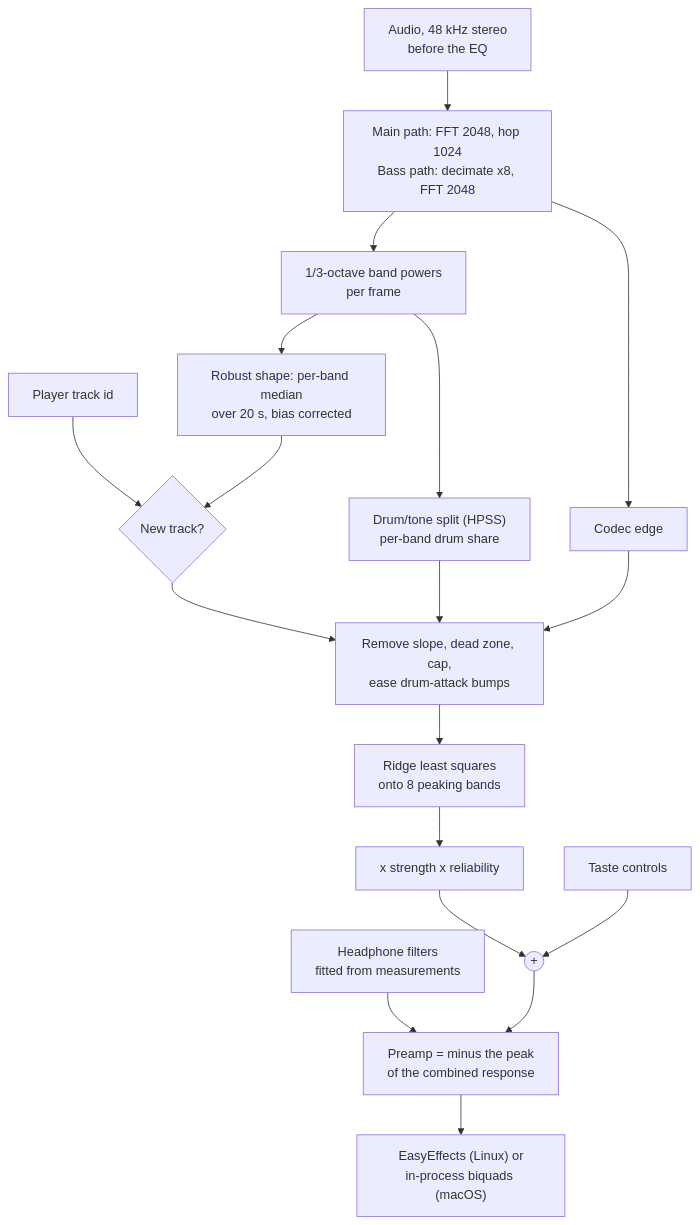
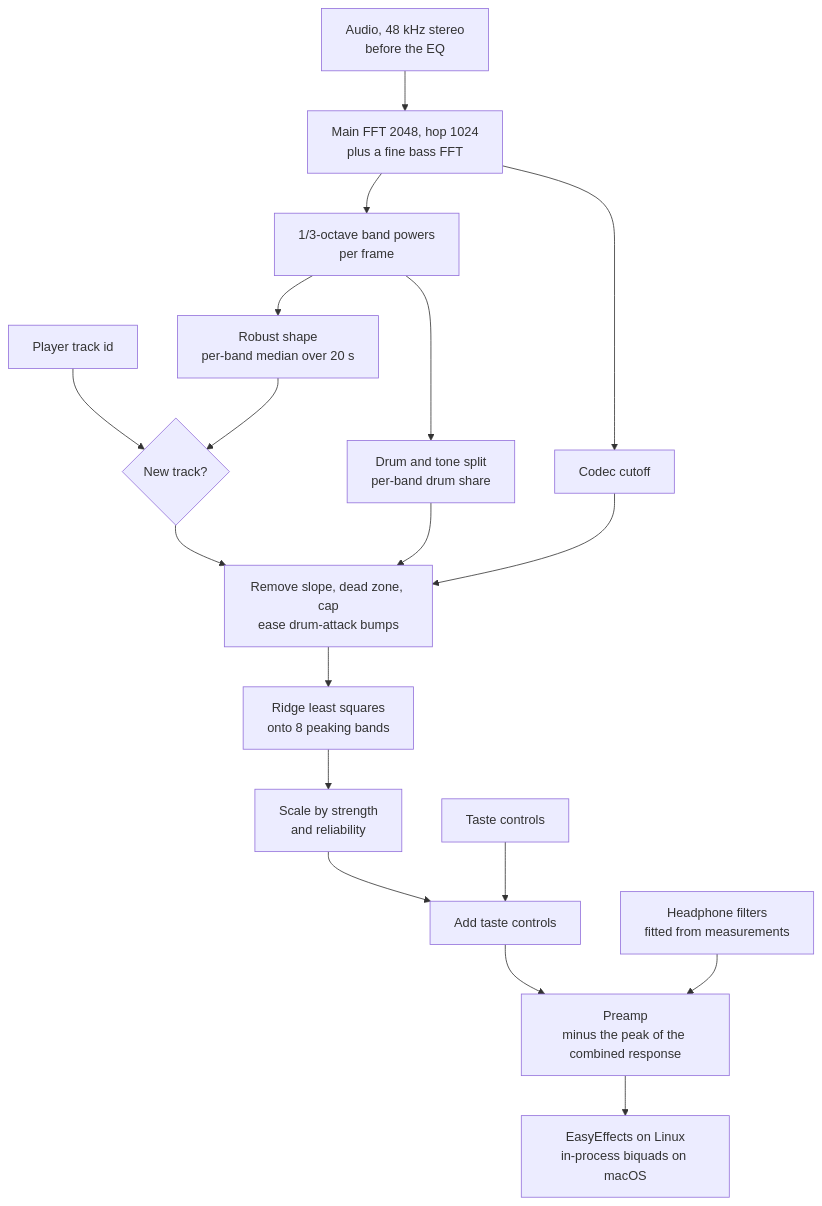
One commit to rizqyep/leungo changed the first of 2 diagrams in TECHNICAL.md. Above: the diagram before and after it, drawn with Mermaid. The commit also changed other lines of this file, not shown here.

First line of the commit message:
Fix equations and the data flow diagram on GitHub

````diff
--- a/TECHNICAL.md
+++ b/TECHNICAL.md
@@ -53,20 +53,20 @@
 ```mermaid
 flowchart TD
-    SRC["Audio, 48 kHz stereo<br/>before the EQ"] --> FFT["Main path: FFT 2048, hop 1024<br/>Bass path: decimate x8, FFT 2048"]
+    SRC["Audio, 48 kHz stereo<br/>before the EQ"] --> FFT["Main FFT 2048, hop 1024<br/>plus a fine bass FFT"]
     FFT --> BAND["1/3-octave band powers<br/>per frame"]
-    BAND --> TRK["Robust shape: per-band median<br/>over 20 s, bias corrected"]
-    BAND --> HP["Drum/tone split (HPSS)<br/>per-band drum share"]
-    FFT --> EDGE["Codec edge"]
+    BAND --> TRK["Robust shape<br/>per-band median over 20 s"]
+    BAND --> HPS["Drum and tone split<br/>per-band drum share"]
+    FFT --> CUT["Codec cutoff"]
     PL["Player track id"] --> ENG{"New track?"}
     TRK --> ENG
-    ENG --> SHP["Remove slope, dead zone, cap,<br/>ease drum-attack bumps"]
-    HP --> SHP
-    EDGE --> SHP
+    ENG --> SHP["Remove slope, dead zone, cap<br/>ease drum-attack bumps"]
+    HPS --> SHP
+    CUT --> SHP
     SHP --> LS["Ridge least squares<br/>onto 8 peaking bands"]
-    LS --> SC["x strength x reliability"]
-    SC --> SUM(("+"))
-    SIG["Taste controls"] --> SUM
+    LS --> SC["Scale by strength<br/>and reliability"]
+    SC --> ADD["Add taste controls"]
+    SIG["Taste controls"] --> ADD
+    ADD --> PRE["Preamp<br/>minus the peak of the combined response"]
     HEAD["Headphone filters<br/>fitted from measurements"] --> PRE
-    SUM --> PRE["Preamp = minus the peak<br/>of the combined response"]
-    PRE --> APP["EasyEffects (Linux) or<br/>in-process biquads (macOS)"]
+    PRE --> APP["EasyEffects on Linux<br/>in-process biquads on macOS"]
 ```
````
